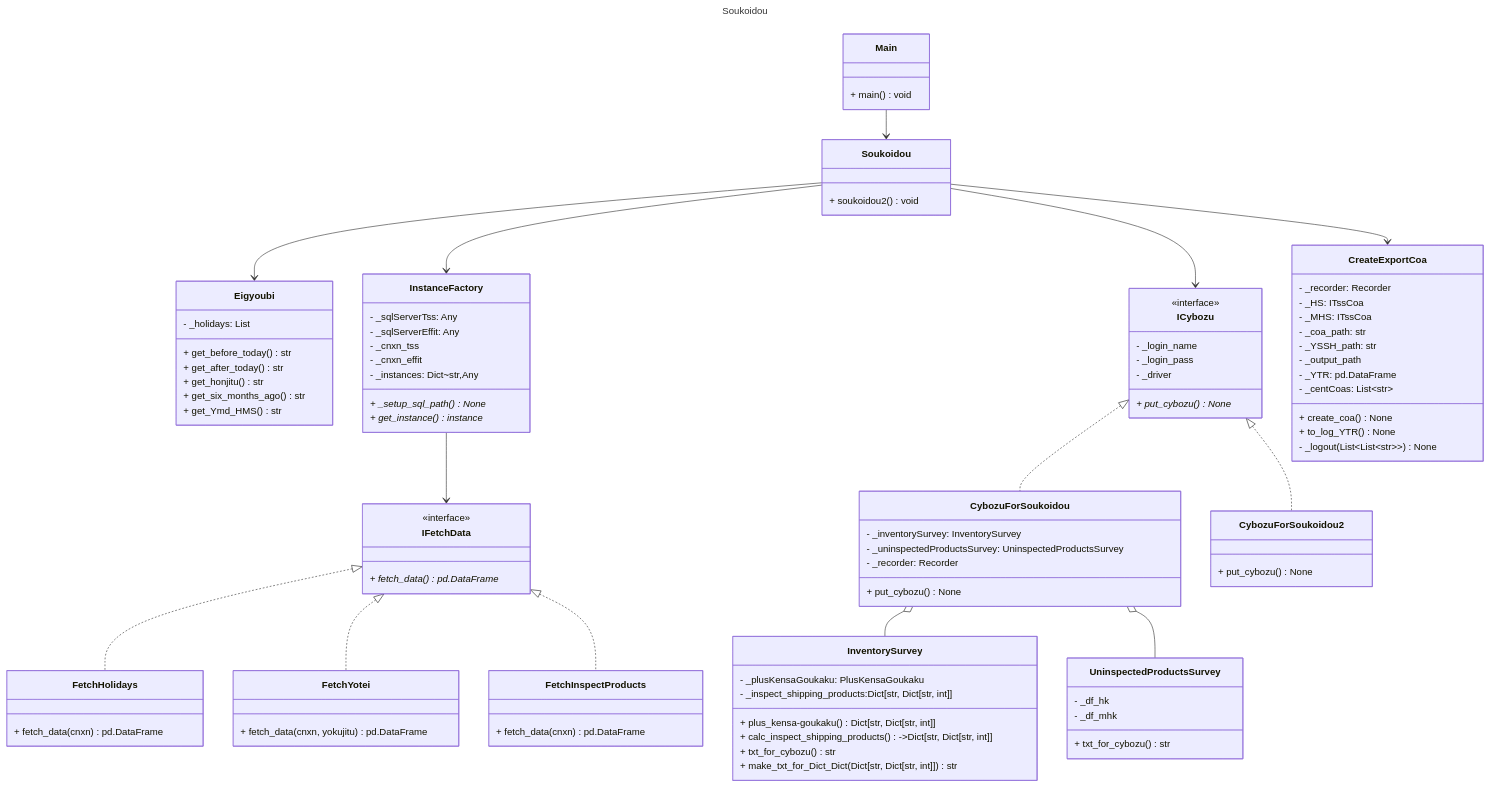
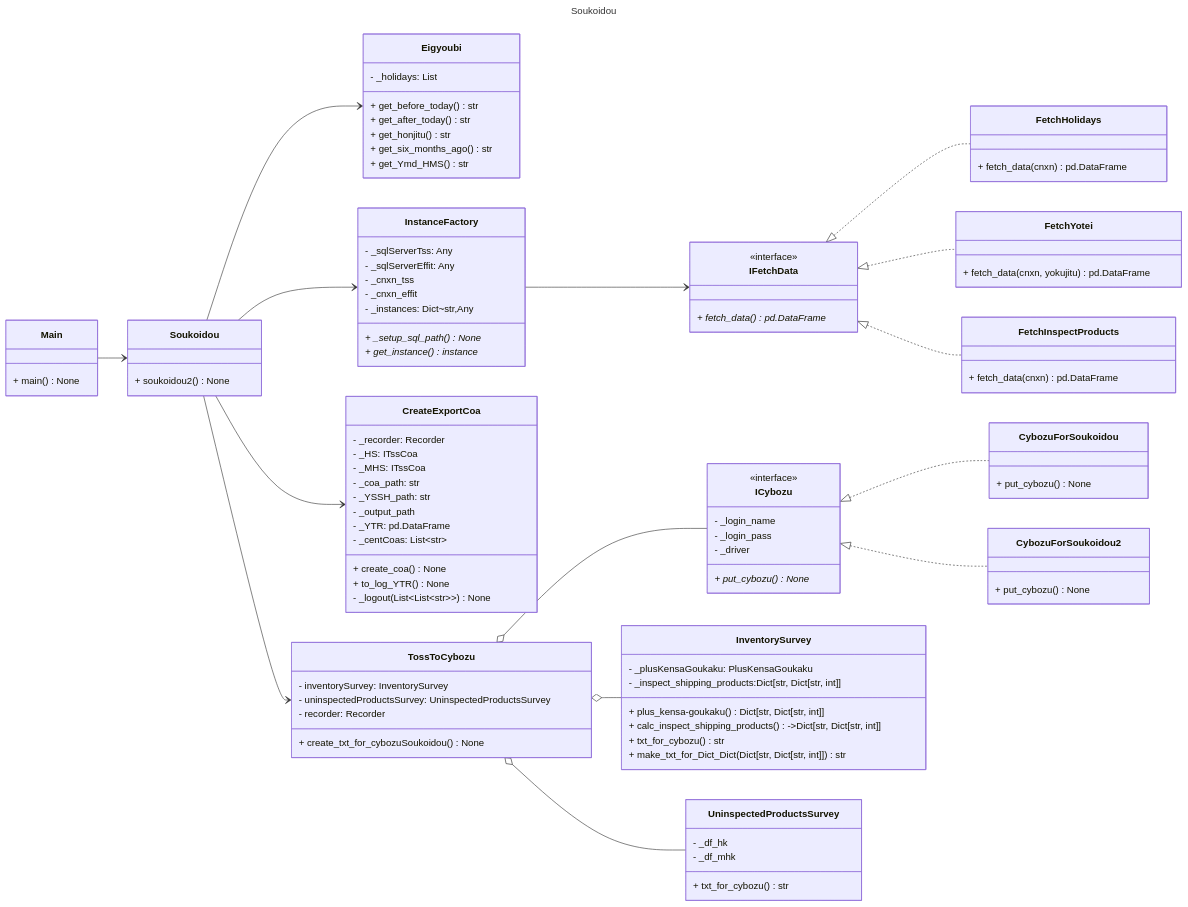
One commit to ogashira/DigitalManager changed the first of 2 diagrams in soukoidou/soukoidou.md. Above: the diagram before and after it, drawn with Mermaid. The commit also changed other lines of this file and 33 other files, not shown here.

````diff
--- a/soukoidou/soukoidou.md
+++ b/soukoidou/soukoidou.md
@@ -85,13 +87,13 @@
 title: Soukoidou
 ---
 classDiagram
-direction TB
+direction LR
 
 class Main{
-    + main()void
+    + main()None
 }
 class Soukoidou{
-    + soukoidou2()void
+    + soukoidou2()None
 }
 class Eigyoubi{
     - _holidays: List
@@ -123,6 +125,25 @@
 class FetchInspectProducts{
     + fetch_data(cnxn)pd.DataFrame
 }
+class CreateExportCoa{
+    - _recorder: Recorder
+    - _HS: ITssCoa
+    - _MHS: ITssCoa
+    - _coa_path: str
+    - _YSSH_path: str
+    - _output_path
+    - _YTR: pd.DataFrame
+    - _centCoas: List~str~
+    + create_coa()None
+    + to_log_YTR()None
+    - _logout(List~List~str~~)None
+}
+class TossToCybozu{
+    - inventorySurvey: InventorySurvey
+    - uninspectedProductsSurvey: UninspectedProductsSurvey
+    - recorder: Recorder
+    + create_txt_for_cybozuSoukoidou()None
+}
 class ICybozu{
     <<interface>>
     - _login_name
@@ -131,9 +152,6 @@
     + put_cybozu()None*
 }
 class CybozuForSoukoidou{
-    - _inventorySurvey: InventorySurvey
-    - _uninspectedProductsSurvey: UninspectedProductsSurvey
-    - _recorder: Recorder
     + put_cybozu()None
 }
 class CybozuForSoukoidou2{
@@ -152,19 +170,6 @@
     - _df_mhk
     + txt_for_cybozu()str
 }
-class CreateExportCoa{
-    - _recorder: Recorder
-    - _HS: ITssCoa
-    - _MHS: ITssCoa
-    - _coa_path: str
-    - _YSSH_path: str
-    - _output_path
-    - _YTR: pd.DataFrame
-    - _centCoas: List~str~
-    + create_coa()None
-    + to_log_YTR()None
-    - _logout(List~List~str~~)None
-}
 Main --> Soukoidou
 Soukoidou --> Eigyoubi
 Soukoidou --> InstanceFactory
@@ -172,10 +177,11 @@
 IFetchData <|.. FetchHolidays
 IFetchData <|.. FetchYotei
 IFetchData <|.. FetchInspectProducts
-Soukoidou --> ICybozu
+Soukoidou --> CreateExportCoa
+Soukoidou --> TossToCybozu
+TossToCybozu o-- InventorySurvey
+TossToCybozu o-- UninspectedProductsSurvey
+TossToCybozu o-- ICybozu
 ICybozu <|.. CybozuForSoukoidou
 ICybozu <|.. CybozuForSoukoidou2
-CybozuForSoukoidou o-- InventorySurvey
-CybozuForSoukoidou o-- UninspectedProductsSurvey
-Soukoidou --> CreateExportCoa
 ```
````
